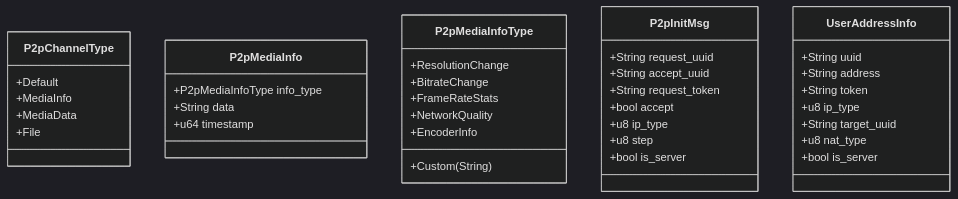
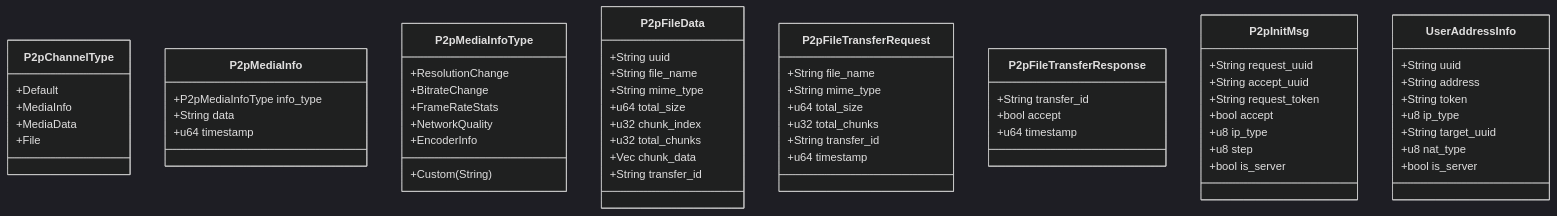
Before and after one commit to nicolastinger/only-talk-app: the ninth of 17 diagrams in .qoder/repowiki/zh/content/后端服务/P2P服务.md, drawn with Mermaid (dark theme). The commit also changed other lines of this file and 9 other files, not shown here.

````diff
--- a/.qoder/repowiki/zh/content/后端服务/P2P服务.md
+++ b/.qoder/repowiki/zh/content/后端服务/P2P服务.md
@@ -421,40 +462,63 @@
 ```mermaid
 classDiagram
 class P2pChannelType {
 +Default
 +MediaInfo
 +MediaData
 +File
 }
 class P2pMediaInfo {
 +P2pMediaInfoType info_type
 +String data
 +u64 timestamp
 }
 class P2pMediaInfoType {
 +ResolutionChange
 +BitrateChange
 +FrameRateStats
 +NetworkQuality
 +EncoderInfo
 +Custom(String)
 }
+class P2pFileData {
++String uuid
++String file_name
++String mime_type
++u64 total_size
++u32 chunk_index
++u32 total_chunks
++Vec<u8> chunk_data
++String transfer_id
+}
+class P2pFileTransferRequest {
++String file_name
++String mime_type
++u64 total_size
++u32 total_chunks
++String transfer_id
++u64 timestamp
+}
+class P2pFileTransferResponse {
++String transfer_id
++bool accept
++u64 timestamp
+}
 class P2pInitMsg {
 +String request_uuid
 +String accept_uuid
 +String request_token
 +bool accept
 +u8 ip_type
 +u8 step
 +bool is_server
 }
 class UserAddressInfo {
 +String uuid
 +String address
 +String token
 +u8 ip_type
 +String target_uuid
 +u8 nat_type
 +bool is_server
 }
 ```
````
